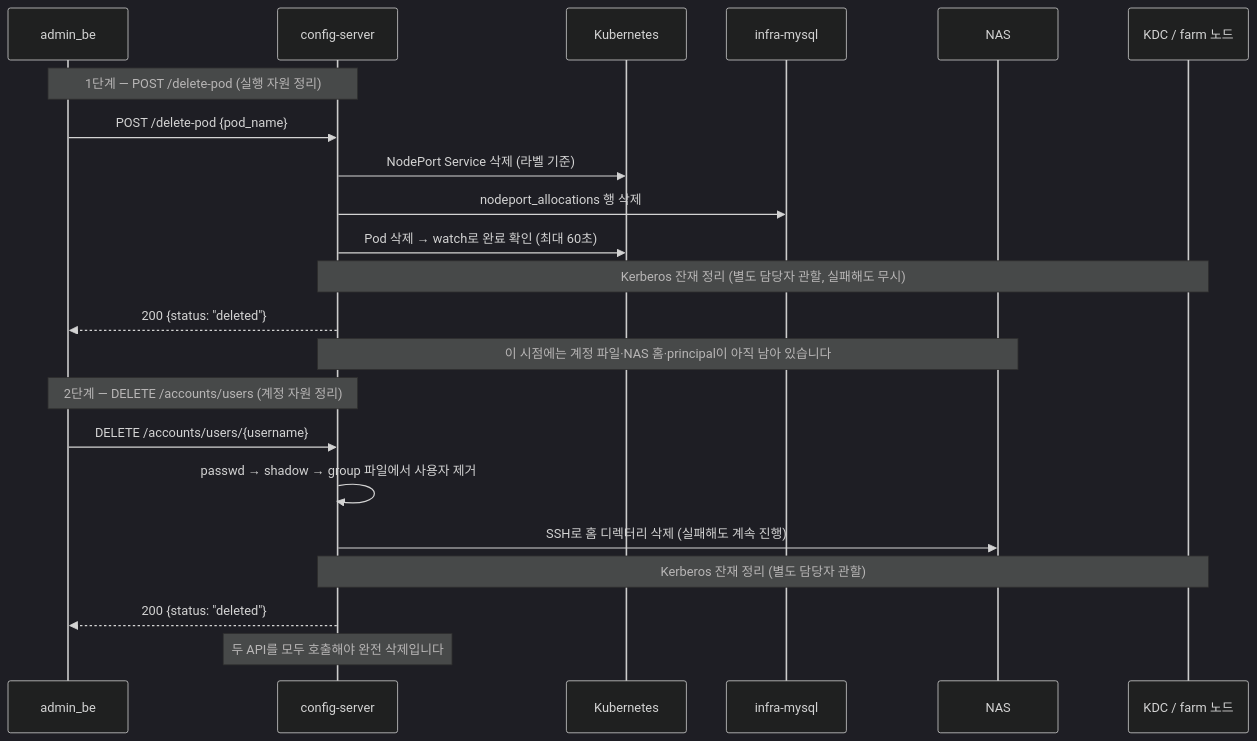
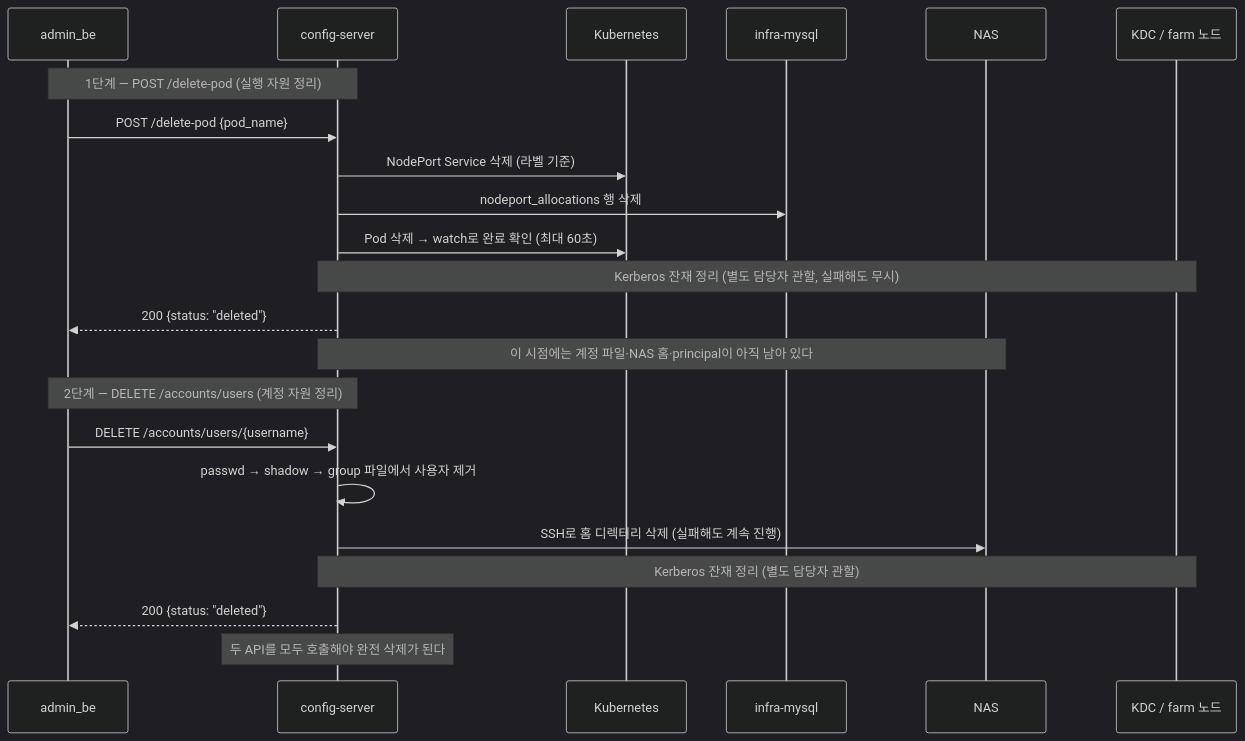
One commit to CSID-DGU/admin_wiki changed the second of 2 diagrams in md/infra/operations/API-레퍼런스.md. Above: the diagram before and after it, drawn with Mermaid (dark theme). The commit also changed other lines of this file and 9 other files, not shown here.

````diff
--- a/md/infra/operations/API-레퍼런스.md
+++ b/md/infra/operations/API-레퍼런스.md
@@ -159,26 +157,26 @@
 ```mermaid
 sequenceDiagram
     participant BE as admin_be
     participant CS as config-server
     participant K as Kubernetes
     participant DB as infra-mysql
     participant NAS as NAS
     participant KDC as KDC / farm 노드
 
     Note over BE,CS: 1단계 — POST /delete-pod (실행 자원 정리)
     BE->>CS: POST /delete-pod {pod_name}
     CS->>K: NodePort Service 삭제 (라벨 기준)
     CS->>DB: nodeport_allocations 행 삭제
     CS->>K: Pod 삭제 → watch로 완료 확인 (최대 60초)
     Note over CS,KDC: Kerberos 잔재 정리 (별도 담당자 관할, 실패해도 무시)
     CS-->>BE: 200 {status: "deleted"}
-    Note over CS,NAS: 이 시점에는 계정 파일·NAS 홈·principal이 아직 남아 있습니다
+    Note over CS,NAS: 이 시점에는 계정 파일·NAS 홈·principal이 아직 남아 있다
 
     Note over BE,CS: 2단계 — DELETE /accounts/users (계정 자원 정리)
     BE->>CS: DELETE /accounts/users/{username}
     CS->>CS: passwd → shadow → group 파일에서 사용자 제거
     CS->>NAS: SSH로 홈 디렉터리 삭제 (실패해도 계속 진행)
     Note over CS,KDC: Kerberos 잔재 정리 (별도 담당자 관할)
     CS-->>BE: 200 {status: "deleted"}
-    Note over CS: 두 API를 모두 호출해야 완전 삭제입니다
+    Note over CS: 두 API를 모두 호출해야 완전 삭제가 된다
 ```
````
